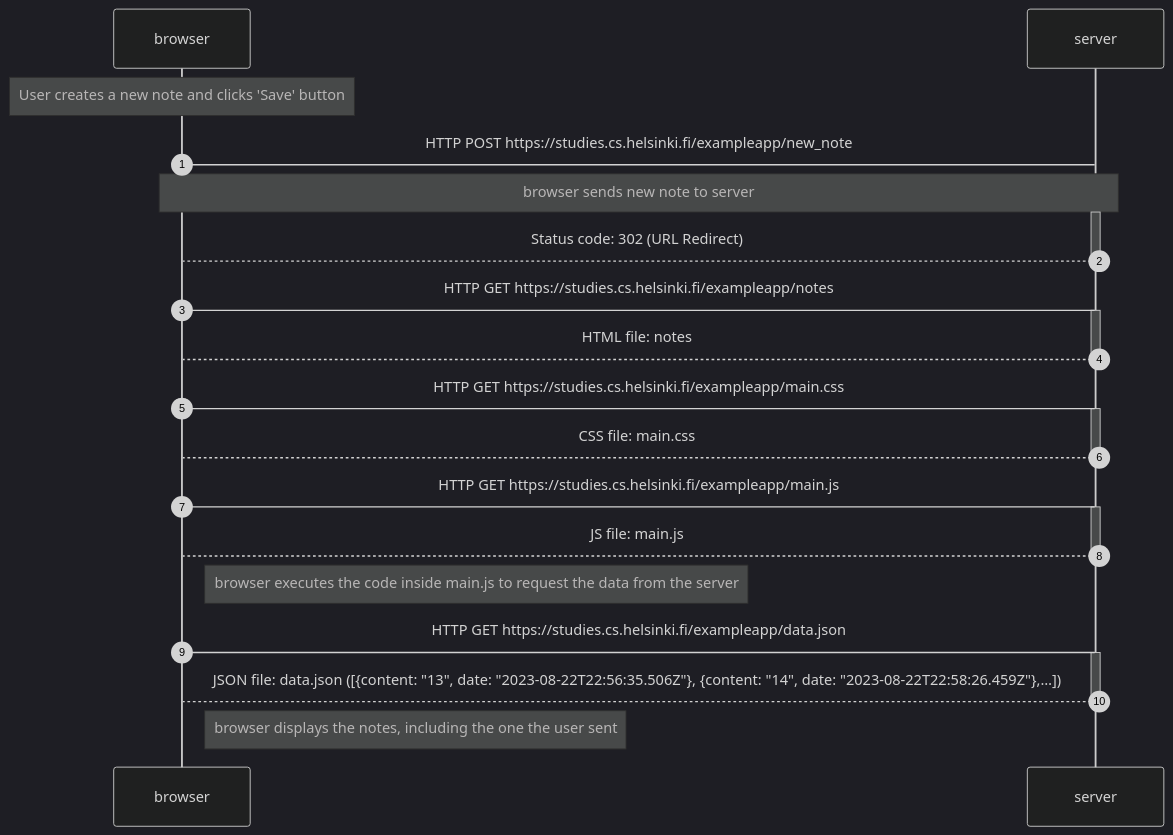
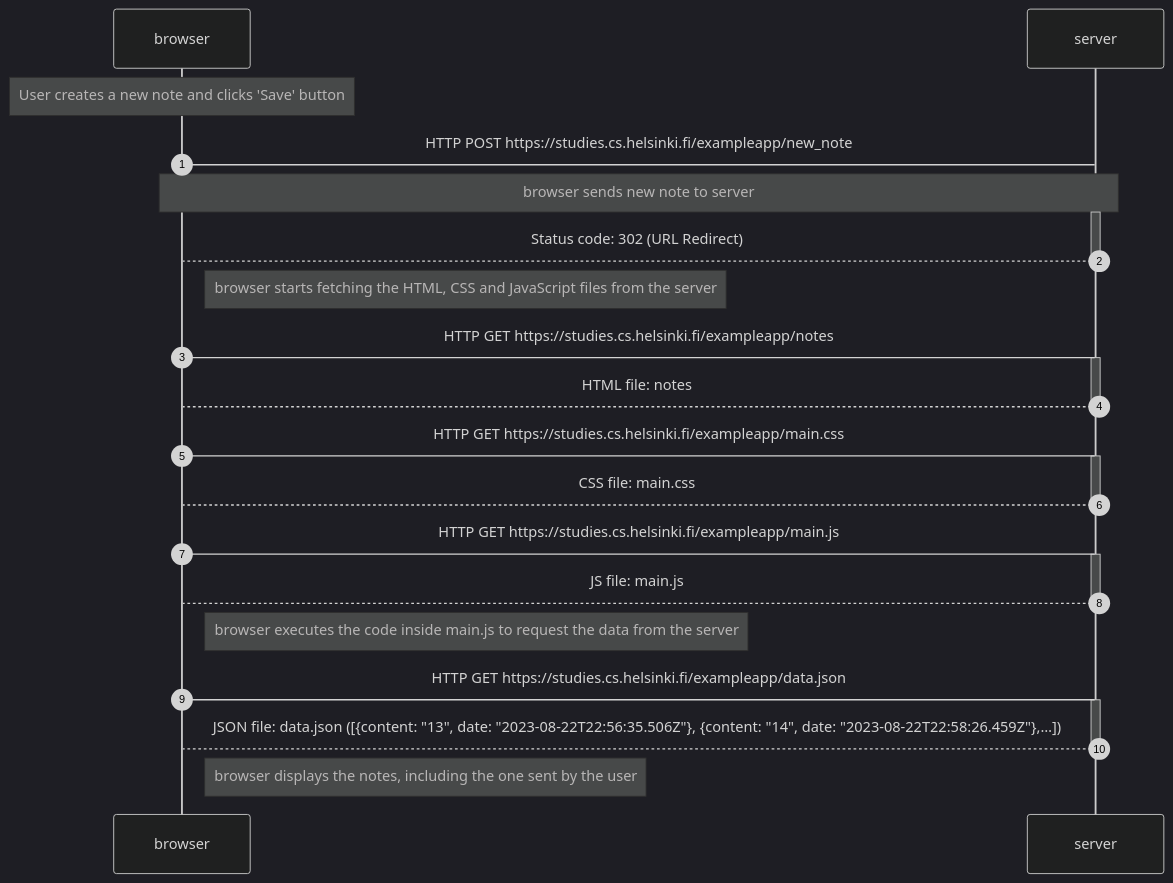
One commit to MarFdez/fullstackopen_course changed the diagram in part0/0.4_newnotediagram.md. Above: the diagram before and after it, drawn with Mermaid (dark theme).

Commit message:
0.4 finished

````diff
--- a/part0/0.4_newnotediagram.md
+++ b/part0/0.4_newnotediagram.md
@@ -4,29 +4,30 @@
 ```mermaid
     sequenceDiagram
     autonumber
 note over browser: User creates a new note and clicks 'Save' button
 
 browser->server: HTTP POST https://studies.cs.helsinki.fi/exampleapp/new_note
 note over browser,server: browser sends new note to server
 activate server
 server-->browser: Status code: 302 (URL Redirect)
 deactivate server
+note right of browser: browser starts fetching the HTML, CSS and JavaScript files from the server 
 browser->server: HTTP GET https://studies.cs.helsinki.fi/exampleapp/notes
 activate server
 server-->browser: HTML file: notes
 deactivate server
 browser->server: HTTP GET https://studies.cs.helsinki.fi/exampleapp/main.css
 activate server
 server-->browser: CSS file: main.css
 deactivate server
 browser->server: HTTP GET https://studies.cs.helsinki.fi/exampleapp/main.js
 activate server
 server-->browser: JS file: main.js
 deactivate server
 note right of browser: browser executes the code inside main.js to request the data from the server 
 browser->server: HTTP GET https://studies.cs.helsinki.fi/exampleapp/data.json
 activate server
 server-->browser: JSON file: data.json ([{content: "13", date: "2023-08-22T22:56:35.506Z"}, {content: "14", date: "2023-08-22T22:58:26.459Z"},…])
 deactivate server
-note right of browser: browser displays the notes, including the one the user sent
+note right of browser: browser displays the notes, including the one sent by the user
 ```
````
